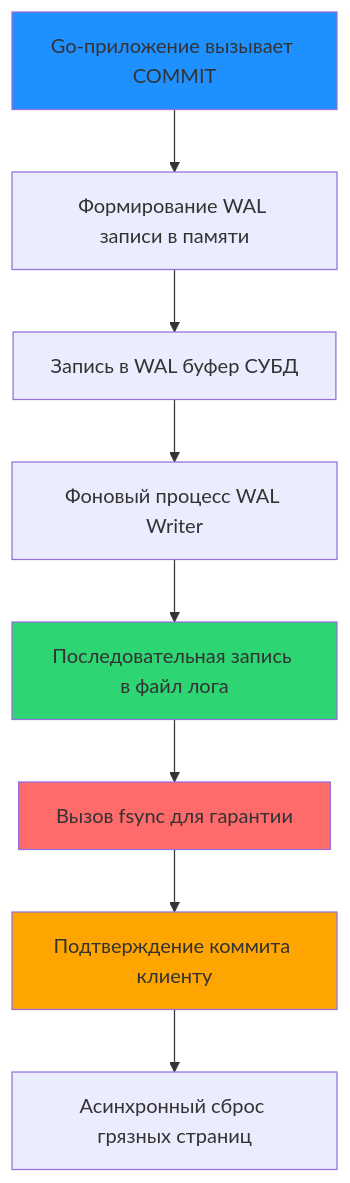
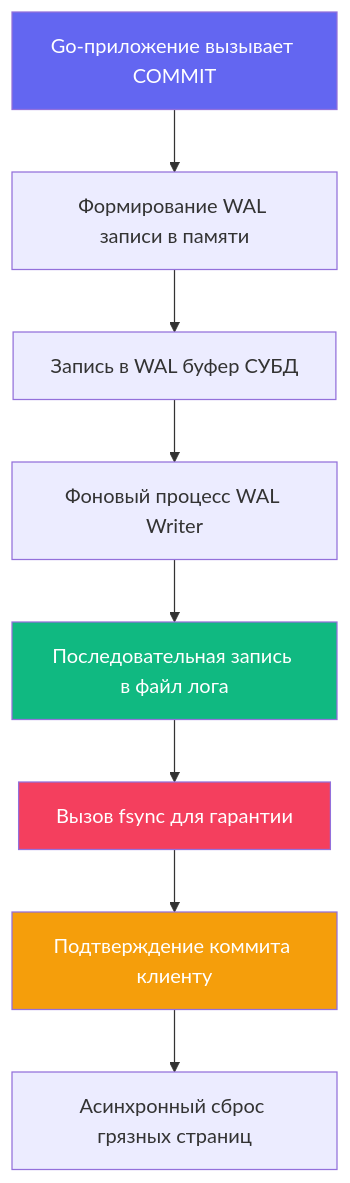
Before and after one commit to UnrealTemplier/go-textbook: the diagram in sources/12. Базы данных/05. Транзакции и внутренности/8. WAL. Write Ahead Log.md, drawn with Mermaid. The commit also changed other lines of this file, not shown here.

````diff
--- a/sources/12. Базы данных/05. Транзакции и внутренности/8. WAL. Write Ahead Log.md
+++ b/sources/12. Базы данных/05. Транзакции и внутренности/8. WAL. Write Ahead Log.md
@@ -10,14 +10,15 @@
 ```mermaid
 flowchart TD
     A["Go-приложение вызывает COMMIT"] --> B["Формирование WAL записи в памяти"]
     B --> C["Запись в WAL буфер СУБД"]
-    C --> D["Фоновый процесс WAL Writer"]
-    D --> E["Последовательная запись в файл лога"]
+    D["Фоновый процесс WAL Writer"] --> E["Последовательная запись в файл лога"]
+    C --> D
     E --> F["Вызов fsync для гарантии"]
     F --> G["Подтверждение коммита клиенту"]
     G --> H["Асинхронный сброс грязных страниц"]
-    style A fill:#1e90ff
-    style E fill:#2ed573
-    style F fill:#ff6b6b
-    style G fill:#ffa502
+    
+    style A fill:#6366f1,color:#fff
+    style E fill:#10b981,color:#fff
+    style F fill:#f43f5e,color:#fff
+    style G fill:#f59e0b,color:#fff
 ```
````
